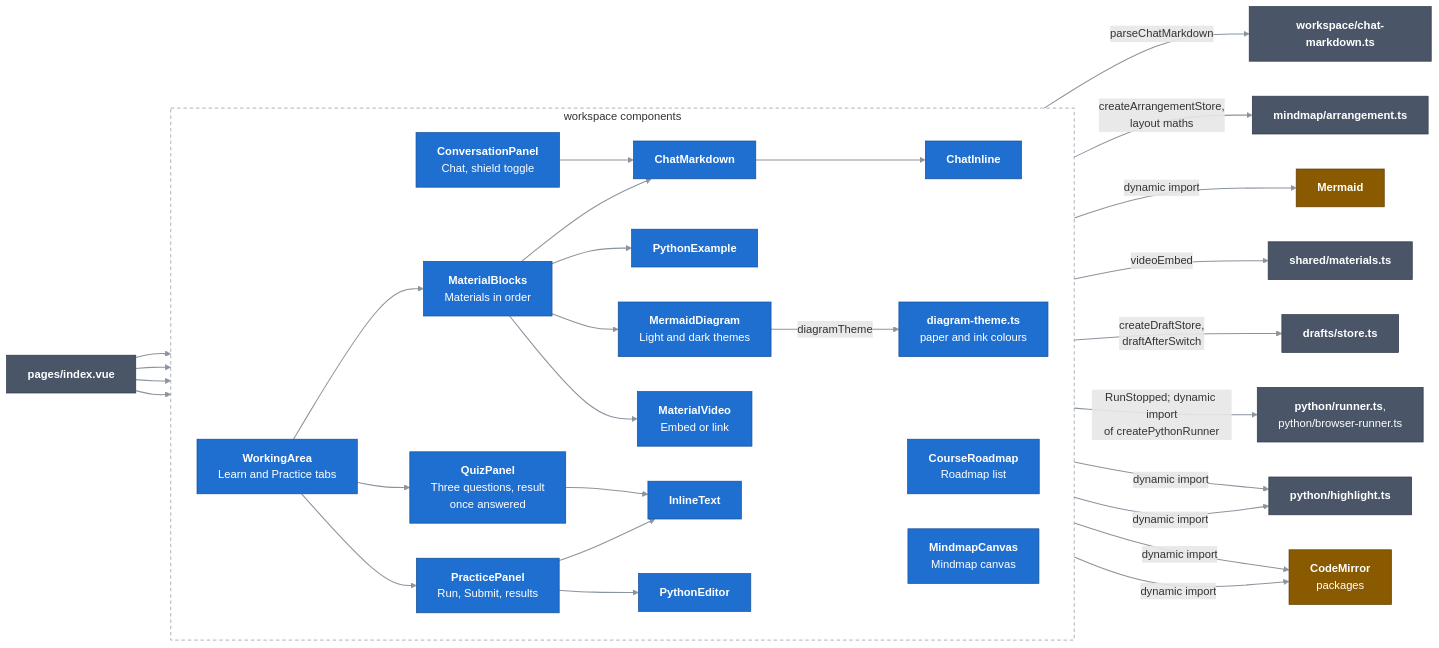
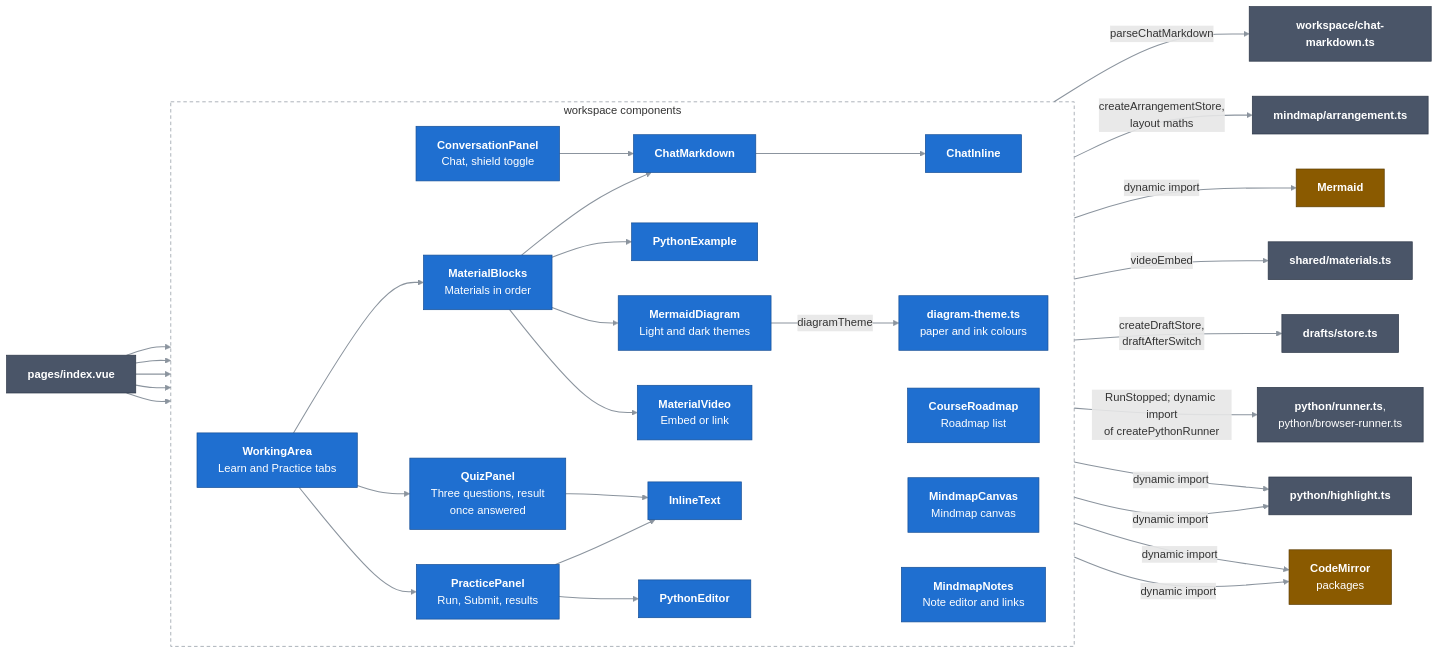
The diagram in docs/c4/03-components/web-app/02-workspace-components.md (Bill2926/COS40005_HN9_Verifiable_Co-Learner_Agent), drawn with Mermaid before and after one commit. The commit also changed other lines of this file and 8 other files, not shown here.

````diff
--- a/docs/c4/03-components/web-app/02-workspace-components.md
+++ b/docs/c4/03-components/web-app/02-workspace-components.md
@@ -11,67 +11,69 @@
 ```mermaid
 flowchart LR
   classDef comp fill:#1f6fd0,stroke:#164f96,color:#ffffff
   classDef near fill:#4a5568,stroke:#2d3748,color:#ffffff
   classDef ext fill:#8a5a00,stroke:#5c3c00,color:#ffffff
   linkStyle default stroke:#8b949e,stroke-width:1.5px
 
   index["<b>pages/index.vue</b>"]:::near
 
   subgraph ws["workspace components"]
     direction LR
     conv["<b>ConversationPanel</b><br/>Chat, shield toggle"]:::comp
     cm["<b>ChatMarkdown</b>"]:::comp
     ci["<b>ChatInline</b>"]:::comp
     cr["<b>CourseRoadmap</b><br/>Roadmap list"]:::comp
     rc["<b>MindmapCanvas</b><br/>Mindmap canvas"]:::comp
+    mn["<b>MindmapNotes</b><br/>Note editor and links"]:::comp
     wa["<b>WorkingArea</b><br/>Learn and Practice tabs"]:::comp
     mb["<b>MaterialBlocks</b><br/>Materials in order"]:::comp
     mv["<b>MaterialVideo</b><br/>Embed or link"]:::comp
     mdg["<b>MermaidDiagram</b><br/>Light and dark themes"]:::comp
     theme["<b>diagram-theme.ts</b><br/>paper and ink colours"]:::comp
     qz["<b>QuizPanel</b><br/>Three questions, result<br/>once answered"]:::comp
     pp["<b>PracticePanel</b><br/>Run, Submit, results"]:::comp
     pe["<b>PythonEditor</b>"]:::comp
     px["<b>PythonExample</b>"]:::comp
     it["<b>InlineText</b>"]:::comp
   end
 
   chatmd["<b>workspace/chat-markdown.ts</b>"]:::near
   mats["<b>shared/materials.ts</b>"]:::near
   mermaidPkg["<b>Mermaid</b>"]:::ext
   arr["<b>mindmap/arrangement.ts</b>"]:::near
   drafts["<b>drafts/store.ts</b>"]:::near
   runner["<b>python/runner.ts</b>,<br/>python/browser-runner.ts"]:::near
   hl["<b>python/highlight.ts</b>"]:::near
   cmpkg["<b>CodeMirror</b><br/>packages"]:::ext
 
   index --> conv
   index --> cr
   index --> rc
+  index --> mn
   index --> wa
   conv --> cm
   cm --> ci
   cm -->|"parseChatMarkdown"| chatmd
   rc -->|"createArrangementStore,<br/>layout maths"| arr
   wa --> mb
   wa --> pp
   wa --> qz
   mb --> cm
   mb --> px
   mb --> mdg
   mb --> mv
   mdg -->|"diagramTheme"| theme
   mdg -->|"dynamic import"| mermaidPkg
   mv -->|"videoEmbed"| mats
   qz --> it
   pp --> pe
   pp --> it
   pp -->|"createDraftStore,<br/>draftAfterSwitch"| drafts
   pp -->|"RunStopped; dynamic import<br/>of createPythonRunner"| runner
   pe -->|"dynamic import"| hl
   px -->|"dynamic import"| hl
   pe -->|"dynamic import"| cmpkg
   px -->|"dynamic import"| cmpkg
 
   style ws fill:none,stroke:#8b949e,stroke-dasharray:5 4
 ```
````
